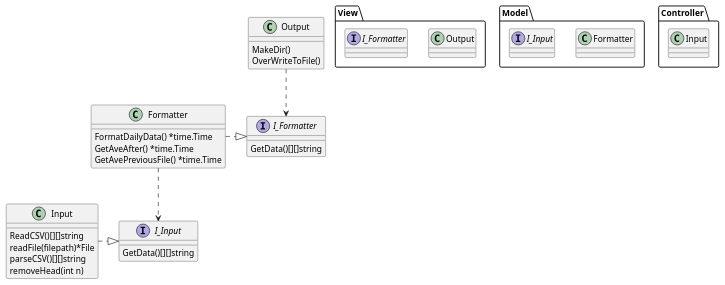
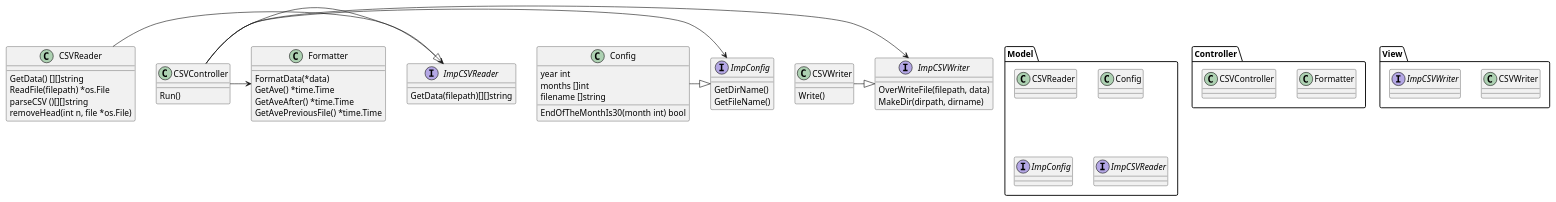
The diagram in classDiagram.puml (Issei0804-ie/lab11), drawn with PlantUML before and after one commit. The commit also changed 1 other file, not shown here.

```diff
--- a/classDiagram.puml
+++ b/classDiagram.puml
@@ -1,49 +1,76 @@
 @startuml
-package "View"{
-    class Output
-    interface I_Formatter
+
+package "Controller"{
+    class Formatter
+    class CSVController
 }
 
 package "Model"{
-    class Formatter
-    interface I_Input
+    class CSVReader
+    class Config
+    interface ImpConfig
+    interface ImpCSVReader
+
 }
 
-package "Controller"{
-    class Input
+package View{
+    class CSVWriter
+    interface ImpCSVWriter
 }
 
-class Output{
-    MakeDir()
-    OverWriteToFile()
+class Config{
+    year int
+    months []int
+    filename []string
+    EndOfTheMonthIs30(month int) bool
+}
+
+interface ImpConfig{
+    GetDirName()
+    GetFileName()
+}
+
+class CSVReader{
+    GetData() [][]string
+    ReadFile(filepath) *os.File
+    parseCSV ()[][]string
+    removeHead(int n, file *os.File)
+}
+
+interface ImpCSVReader{
+    GetData(filepath)[][]string
+
+}
+
+class CSVController{
+    Run()
 }
 
 class Formatter{
-    FormatDailyData() *time.Time
+    FormatData(*data)
+    GetAve() *time.Time
     GetAveAfter() *time.Time
     GetAvePreviousFile() *time.Time
+}
+
+class CSVWriter{
+    Write()
+}
+
+interface ImpCSVWriter{
+    OverWriteFile(filepath, data)
+    MakeDir(dirpath, dirname)
 
 }
 
-interface I_Formatter{
-    GetData()[][]string
-}
+CSVReader -|> ImpCSVReader
+Config -|> ImpConfig
 
-class Input{
-    ReadCSV()[][]string
-    readFile(filepath)*File
-    parseCSV()[][]string
-    removeHead(int n)
-}
+CSVController -> ImpConfig
+CSVController -> ImpCSVReader
+CSVController -> Formatter
+CSVController -> ImpCSVWriter
 
-interface I_Input{
-    GetData()[][]string
-}
-
-Formatter ..> I_Input
-Input .|> I_Input
-
-Output ..> I_Formatter
-Formatter .|> I_Formatter
+CSVWriter -|> ImpCSVWriter
 
 @enduml
```
